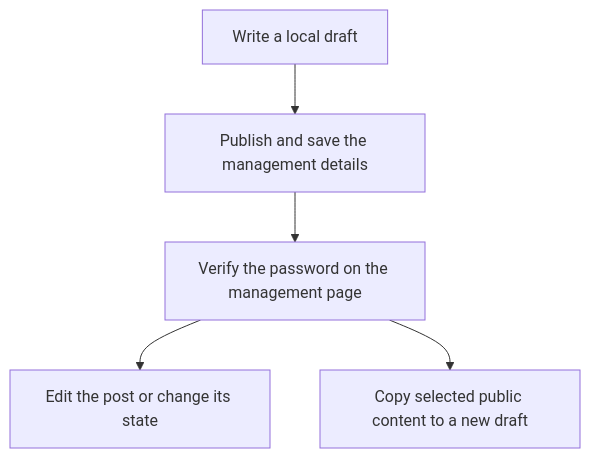
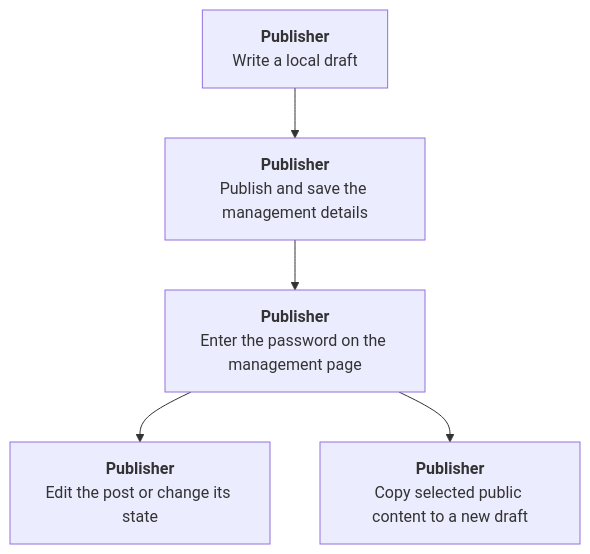
Before and after one commit to ChrisXHLeung/ScaleTag: the seventh of 11 diagrams in README.md, drawn with Mermaid. The commit also changed other lines of this file and 4 other files, not shown here.

````diff
--- a/README.md
+++ b/README.md
@@ -98,7 +104,7 @@
 ```mermaid
 flowchart TD
-    A["Write a local draft"] --> B["Publish and save the management details"]
-    B --> C["Verify the password on the management page"]
-    C --> D["Edit the post or change its state"]
-    C --> E["Copy selected public content to a new draft"]
+    A["<b>Publisher</b><br/>Write a local draft"] --> B["<b>Publisher</b><br/>Publish and save the management details"]
+    B --> C["<b>Publisher</b><br/>Enter the password on the management page"]
+    C --> D["<b>Publisher</b><br/>Edit the post or change its state"]
+    C --> E["<b>Publisher</b><br/>Copy selected public content to a new draft"]
 ```
````
